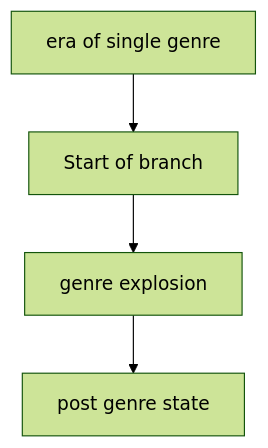
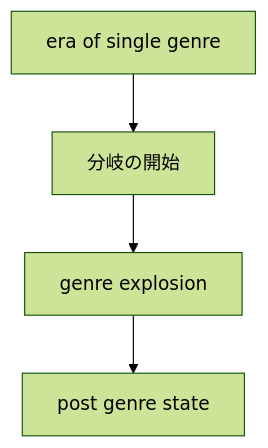
Before and after one commit to monumental-movement/monumental-movement.github.io: diagram 21 of 21 in en/_posts/2026-06-27-column-influential-album-01.md, drawn with Mermaid (forest theme). The commit also changed other lines of this file and 2196 other files, not shown here.

```diff
--- a/en/_posts/2026-06-27-column-influential-album-01.md
+++ b/en/_posts/2026-06-27-column-influential-album-01.md
@@ -1582,10 +1580,10 @@
 <div class="mermaid">
 flowchart TD
 A[era of single genre]
-B[Start of branch]
+B[分岐の開始]
 C[genre explosion]
 D[post genre state]
 
 A --> B --> C --> D
 
 </div>
```
